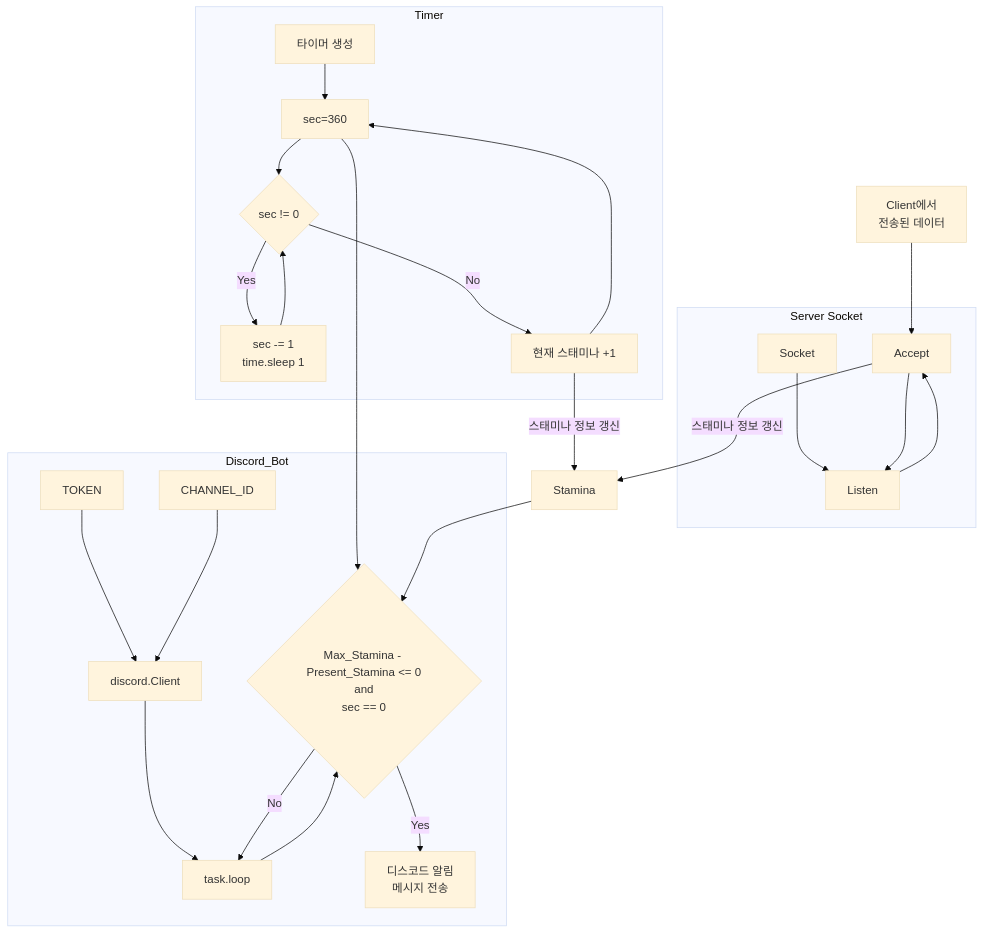
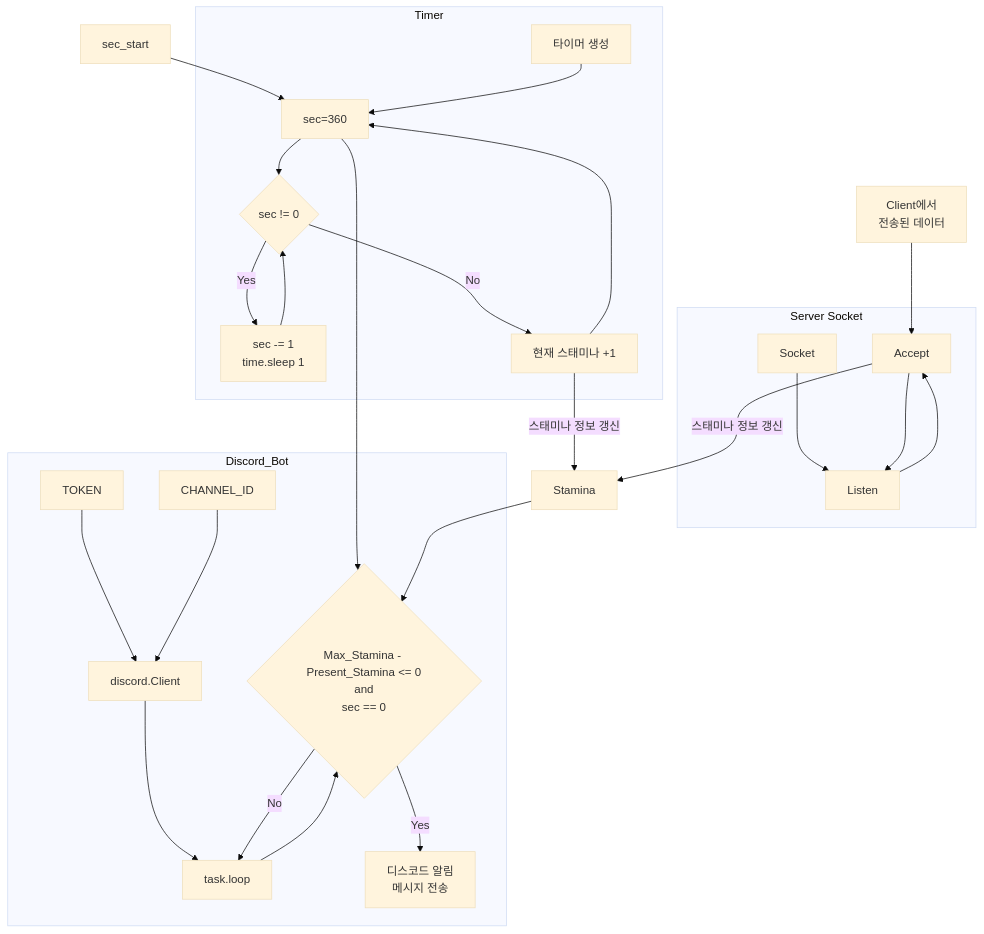
The third of 3 diagrams in README.md (201710808/Game-Stamina-Alarm), drawn with Mermaid (base theme) before and after one commit.

````diff
--- a/README.md
+++ b/README.md
@@ -55,32 +55,33 @@
 ```mermaid
 graph TB;
     data[Client에서\n전송된 데이터]-->Accept;
 
     subgraph Server Socket;
     Socket-->Listen;
     Listen-->Accept;
     end;
     Accept-->|스태미나 정보 갱신|Stamina;
     Accept-->Listen;
 
+    sec_start-->sec;
     subgraph Timer;
     timer_start[타이머 생성]-->sec;
     sec[sec=360]-->condition{sec != 0};
     condition-->|"Yes"|process_time[sec -= 1\ntime.sleep 1];
     process_time-->condition;
     condition-->|"No"|sync_stamina[현재 스태미나 +1];
     sync_stamina-->sec;
     end;
     sync_stamina-->|스태미나 정보 갱신|Stamina;
 
     subgraph Discord_Bot;
     TOKEN-->Client[discord.Client];
     CHANNEL_ID-->Client;
     Client-->task.loop;
     task.loop-->discord_condition{Max_Stamina - Present_Stamina <= 0\nand\nsec == 0};
     sec-->discord_condition;
     discord_condition-->|"Yes"|discord_message[디스코드 알림\n메시지 전송]
     discord_condition-->|"No"|task.loop;
     end;
     Stamina-->discord_condition;
 ```
````
